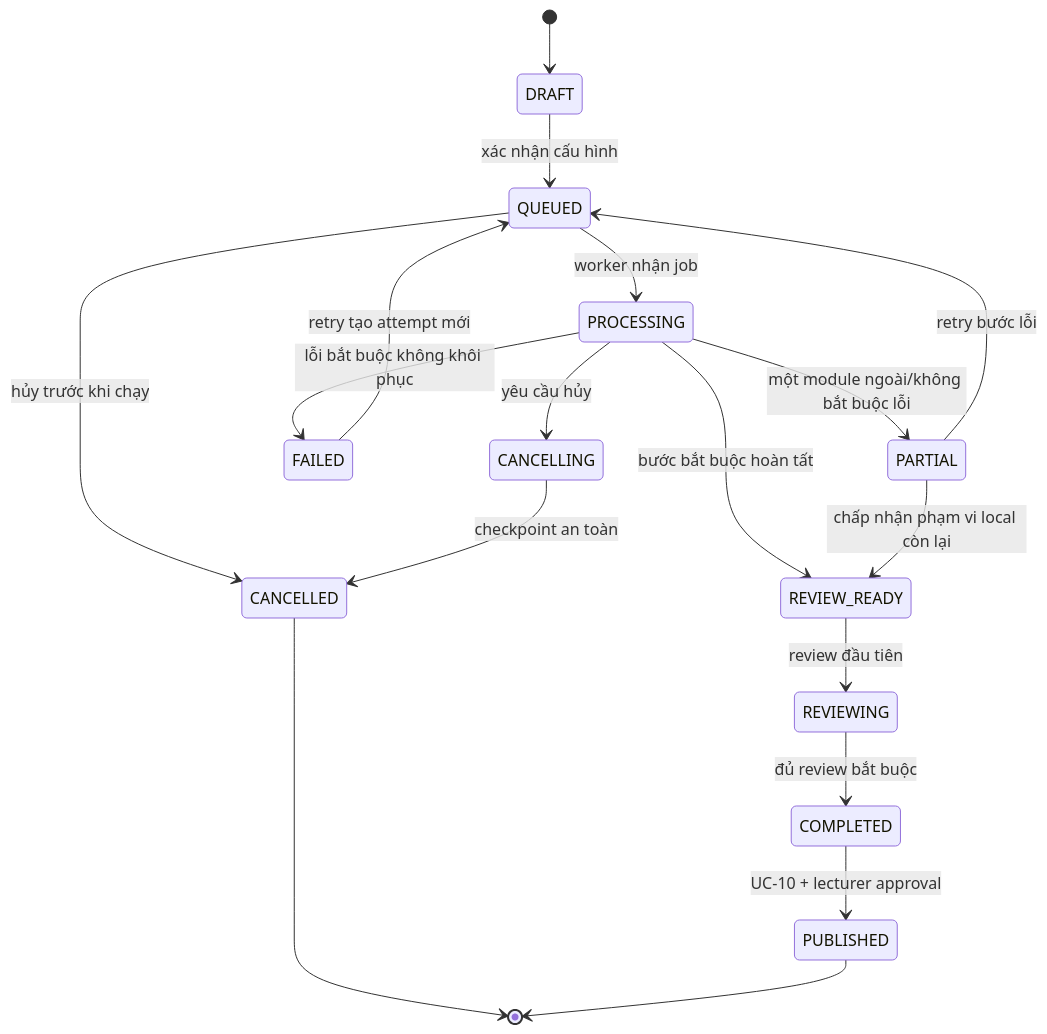
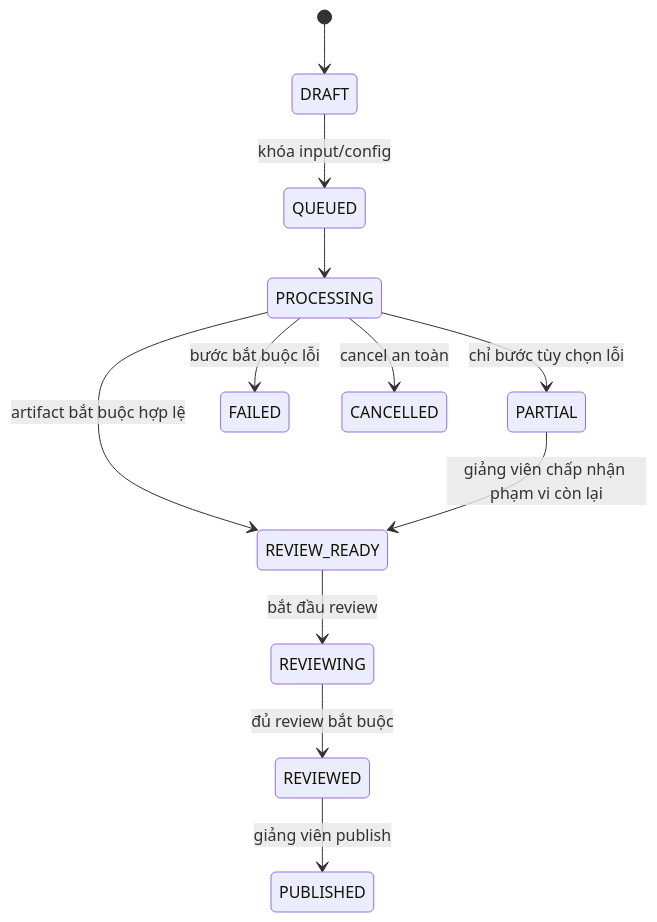
One commit to ngwine/evidence-grounded-report-assessment changed the third of 3 diagrams in docs/week-01/W1-04-bo-use-case.md. Above: the diagram before and after it, drawn with Mermaid. The commit also changed other lines of this file and 4 other files, not shown here.

````diff
--- a/docs/week-01/W1-04-bo-use-case.md
+++ b/docs/week-01/W1-04-bo-use-case.md
@@ -291,20 +374,14 @@
 ```mermaid
 stateDiagram-v2
     [*] --> DRAFT
-    DRAFT --> QUEUED: xác nhận cấu hình
-    QUEUED --> PROCESSING: worker nhận job
-    QUEUED --> CANCELLED: hủy trước khi chạy
-    PROCESSING --> PARTIAL: một module ngoài/không bắt buộc lỗi
-    PROCESSING --> REVIEW_READY: bước bắt buộc hoàn tất
-    PROCESSING --> FAILED: lỗi bắt buộc không khôi phục
-    PROCESSING --> CANCELLING: yêu cầu hủy
-    CANCELLING --> CANCELLED: checkpoint an toàn
-    PARTIAL --> REVIEW_READY: chấp nhận phạm vi local còn lại
-    PARTIAL --> QUEUED: retry bước lỗi
-    FAILED --> QUEUED: retry tạo attempt mới
-    REVIEW_READY --> REVIEWING: review đầu tiên
-    REVIEWING --> COMPLETED: đủ review bắt buộc
-    COMPLETED --> PUBLISHED: UC-10 + lecturer approval
-    CANCELLED --> [*]
-    PUBLISHED --> [*]
+    DRAFT --> QUEUED: khóa input/config
+    QUEUED --> PROCESSING
+    PROCESSING --> REVIEW_READY: artifact bắt buộc hợp lệ
+    PROCESSING --> PARTIAL: chỉ bước tùy chọn lỗi
+    PROCESSING --> FAILED: bước bắt buộc lỗi
+    PROCESSING --> CANCELLED: cancel an toàn
+    PARTIAL --> REVIEW_READY: giảng viên chấp nhận phạm vi còn lại
+    REVIEW_READY --> REVIEWING: bắt đầu review
+    REVIEWING --> REVIEWED: đủ review bắt buộc
+    REVIEWED --> PUBLISHED: giảng viên publish
 ```
````
